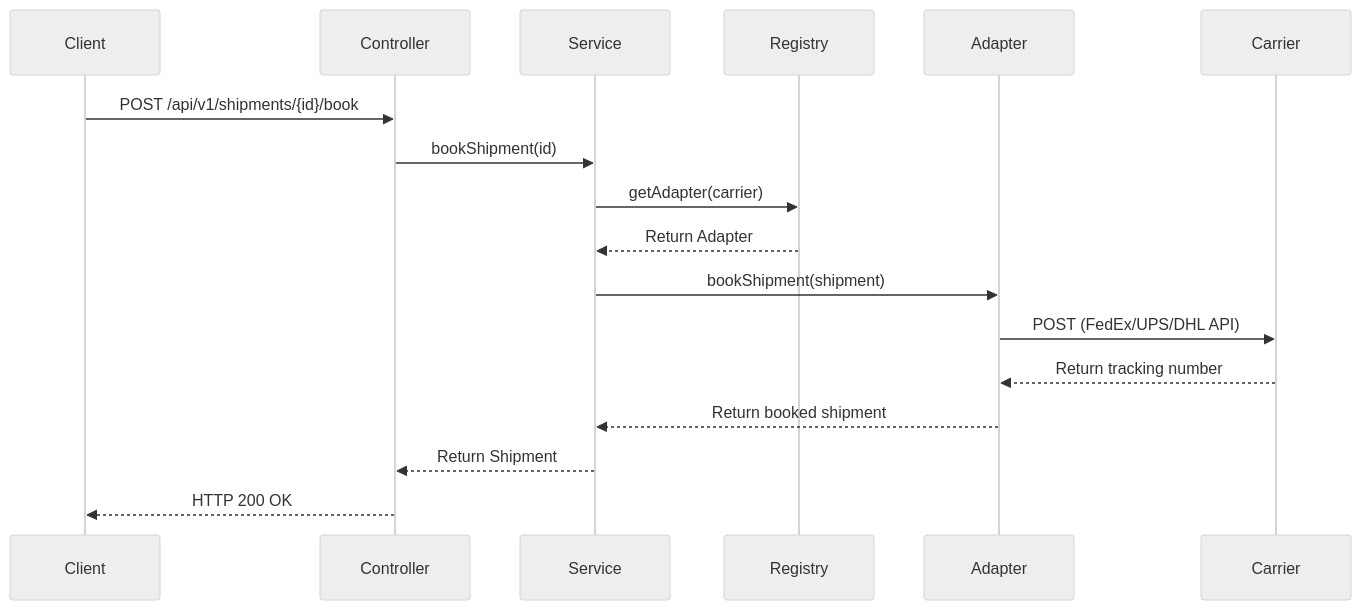
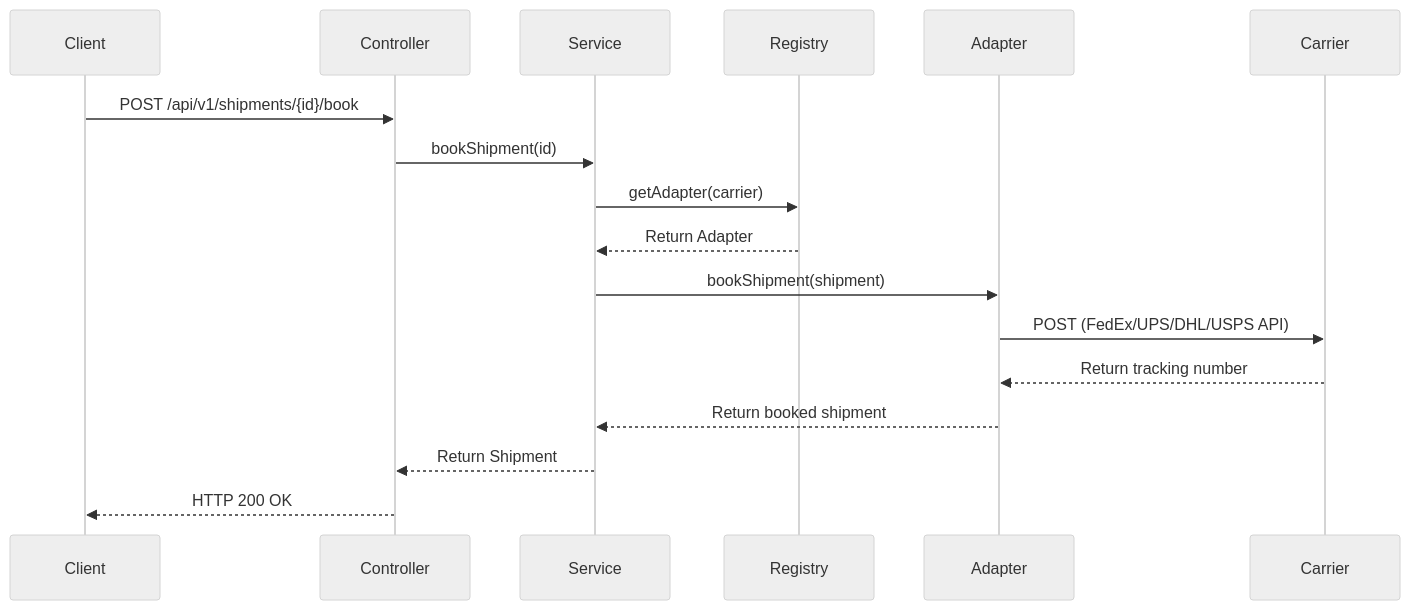
The first of 3 diagrams in docs/architecture.md (hsummerhays/atlas-enterprise-platform), drawn with Mermaid (neutral theme) before and after one commit. The commit also changed other lines of this file and 4 other files, not shown here.

First line of the commit message:
docs: sync documentation with USPS support, auth factory pattern, and full agent/API surface

````diff
--- a/docs/architecture.md
+++ b/docs/architecture.md
@@ -7,20 +7,20 @@
 ```mermaid
 sequenceDiagram
     participant Client
     participant Controller
     participant Service
     participant Registry
     participant Adapter
     participant Carrier
 
     Client->>Controller: POST /api/v1/shipments/{id}/book
     Controller->>Service: bookShipment(id)
     Service->>Registry: getAdapter(carrier)
     Registry-->>Service: Return Adapter
     Service->>Adapter: bookShipment(shipment)
-    Adapter->>Carrier: POST (FedEx/UPS/DHL API)
+    Adapter->>Carrier: POST (FedEx/UPS/DHL/USPS API)
     Carrier-->>Adapter: Return tracking number
     Adapter-->>Service: Return booked shipment
     Service-->>Controller: Return Shipment
     Controller-->>Client: HTTP 200 OK
 ```
````
